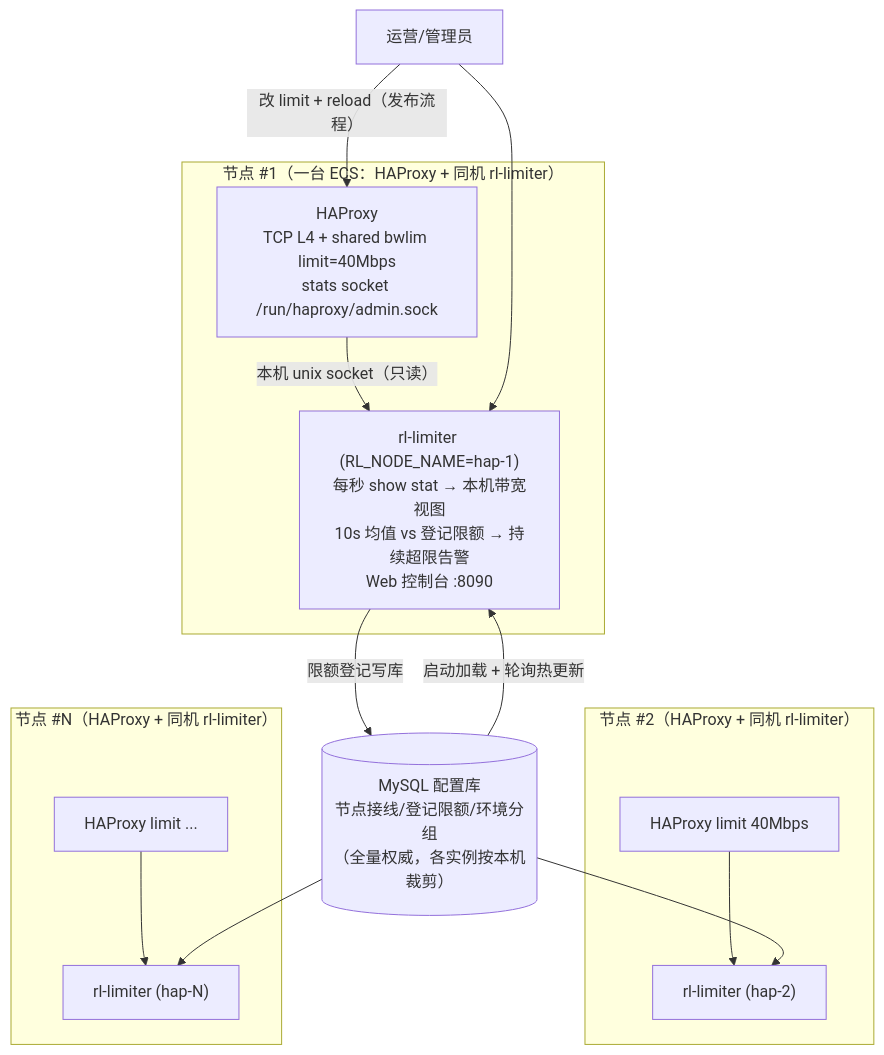
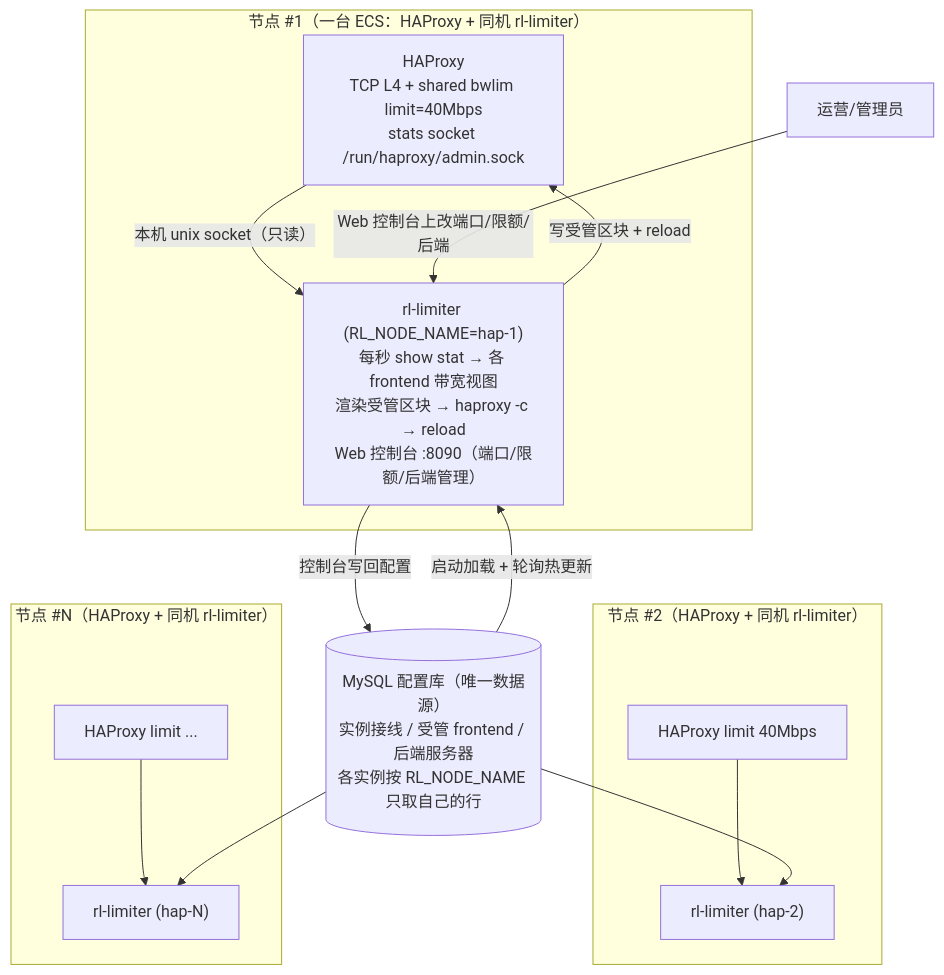
Before and after one commit to ipest-info/haproxy_ingress_rate_limiter: the diagram in docs/01-方案设计.md, drawn with Mermaid. The commit also changed other lines of this file and 28 other files, not shown here.

First line of the commit message:
改为单 HAProxy 模型：删除环境层，新增端口/后端的标准化 Web 界面

````diff
--- a/docs/01-方案设计.md
+++ b/docs/01-方案设计.md
@@ -91,29 +89,29 @@
 ```mermaid
 flowchart TD
     subgraph N1["节点 #1（一台 ECS：HAProxy + 同机 rl-limiter）"]
         HA1["HAProxy<br/>TCP L4 + shared bwlim limit=40Mbps<br/>stats socket /run/haproxy/admin.sock"]
-        RL1["rl-limiter (RL_NODE_NAME=hap-1)<br/>每秒 show stat → 本机带宽视图<br/>10s 均值 vs 登记限额 → 持续超限告警<br/>Web 控制台 :8090"]
+        RL1["rl-limiter (RL_NODE_NAME=hap-1)<br/>每秒 show stat → 各 frontend 带宽视图<br/>渲染受管区块 → haproxy -c → reload<br/>Web 控制台 :8090（端口/限额/后端管理）"]
         HA1 -- "本机 unix socket（只读）" --> RL1
     end
 
     subgraph N2["节点 #2（HAProxy + 同机 rl-limiter）"]
         HA2["HAProxy limit 40Mbps"]
         RL2["rl-limiter (hap-2)"]
         HA2 --> RL2
     end
 
     subgraph N3["节点 #N（HAProxy + 同机 rl-limiter）"]
         HA3["HAProxy limit ..."]
         RL3["rl-limiter (hap-N)"]
         HA3 --> RL3
     end
 
-    DB[("MySQL 配置库<br/>节点接线/登记限额/环境分组<br/>（全量权威，各实例按本机裁剪）")]
+    DB[("MySQL 配置库（唯一数据源）<br/>实例接线 / 受管 frontend / 后端服务器<br/>各实例按 RL_NODE_NAME 只取自己的行")]
     DB -- "启动加载 + 轮询热更新" --> RL1
     DB --> RL2
     DB --> RL3
-    RL1 -- "限额登记写库" --> DB
+    RL1 -- "控制台写回配置" --> DB
+    RL1 -- "写受管区块 + reload" --> HA1
 
-    OPS["运营/管理员"] --> RL1
-    OPS -- "改 limit + reload（发布流程）" --> HA1
+    OPS["运营/管理员"] -- "Web 控制台上改端口/限额/后端" --> RL1
 ```
````
